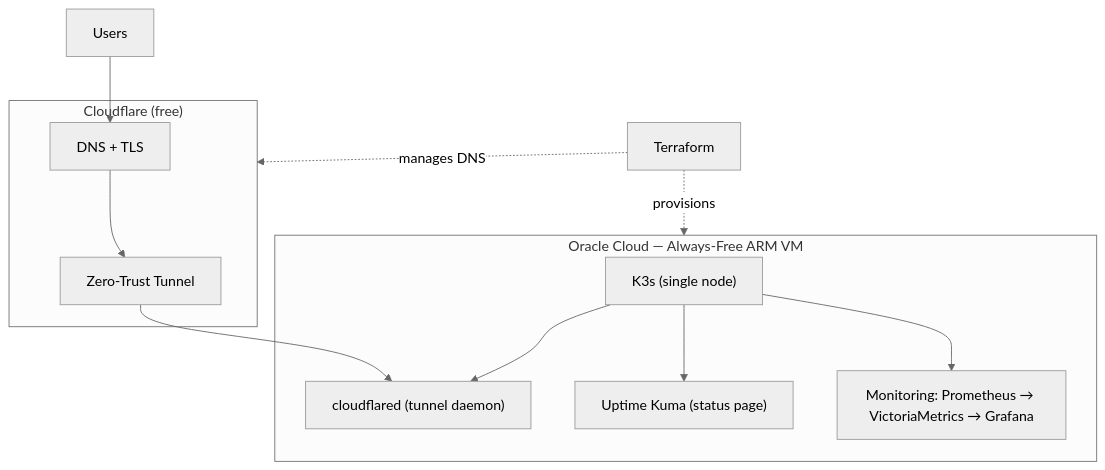
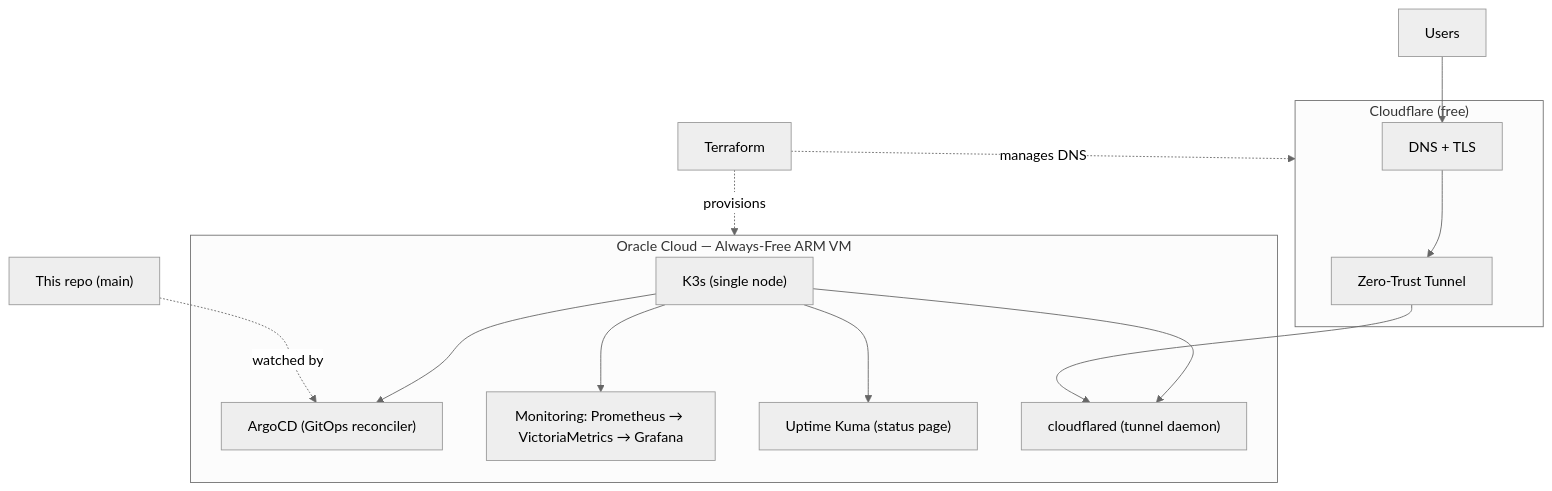
The diagram in README.md (KarthikHegde91/infra), drawn with Mermaid (neutral theme) before and after one commit. The commit also changed other lines of this file and 39 other files, not shown here.

````diff
--- a/README.md
+++ b/README.md
@@ -14,18 +16,20 @@
 ```mermaid
 flowchart TD
     subgraph OCI["Oracle Cloud — Always-Free ARM VM"]
         K3s["K3s (single node)"]
+        K3s --> Argo["ArgoCD (GitOps reconciler)"]
         K3s --> Mon["Monitoring: Prometheus → VictoriaMetrics → Grafana"]
         K3s --> Kuma["Uptime Kuma (status page)"]
         K3s --> CFD["cloudflared (tunnel daemon)"]
     end
 
     subgraph CF["Cloudflare (free)"]
         Tunnel["Zero-Trust Tunnel"]
         DNS["DNS + TLS"]
     end
 
     Users["Users"] --> DNS --> Tunnel --> CFD
     Terraform["Terraform"] -.provisions.-> OCI
     Terraform -.manages DNS.-> CF
+    Repo["This repo (main)"] -.watched by.-> Argo
 ```
````
